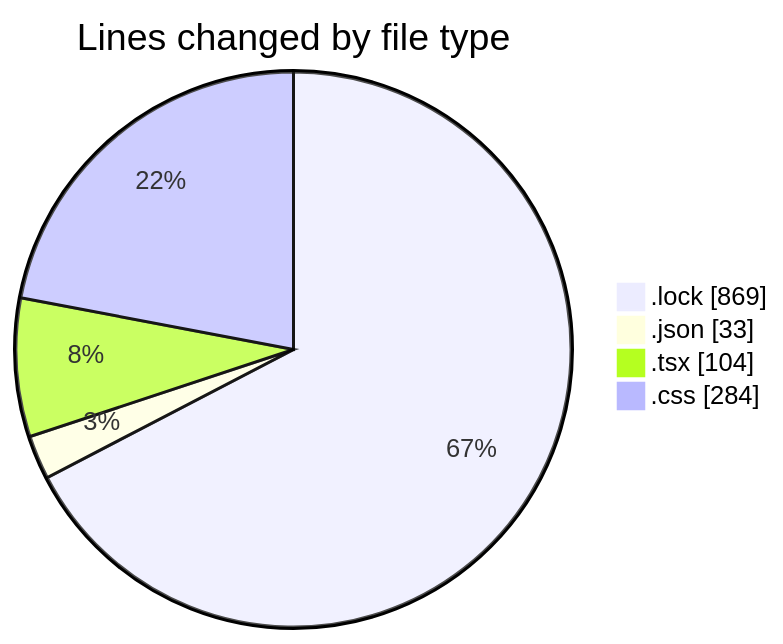
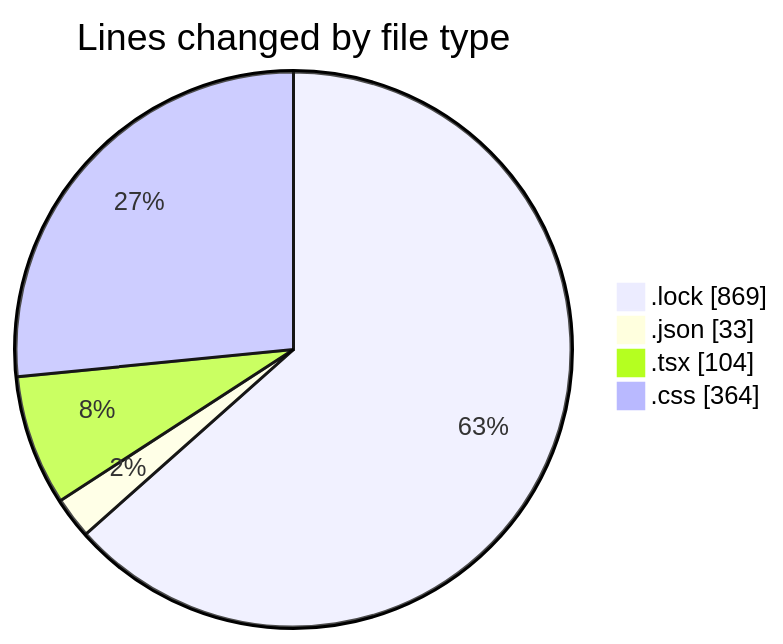
Before and after one commit to EIIisD/code-tracking: the first of 2 diagrams in 2025-07-27/vtuber/README.md, drawn with Mermaid. The commit also changed other lines of this file and 1 other file, not shown here.

````diff
--- a/2025-07-27/vtuber/README.md
+++ b/2025-07-27/vtuber/README.md
@@ -24,8 +24,8 @@
 ```mermaid
 pie showData
 title Lines changed by file type
 ".lock" : 869
 ".json" : 33
 ".tsx" : 104
-".css" : 284
+".css" : 364
 ```
````
